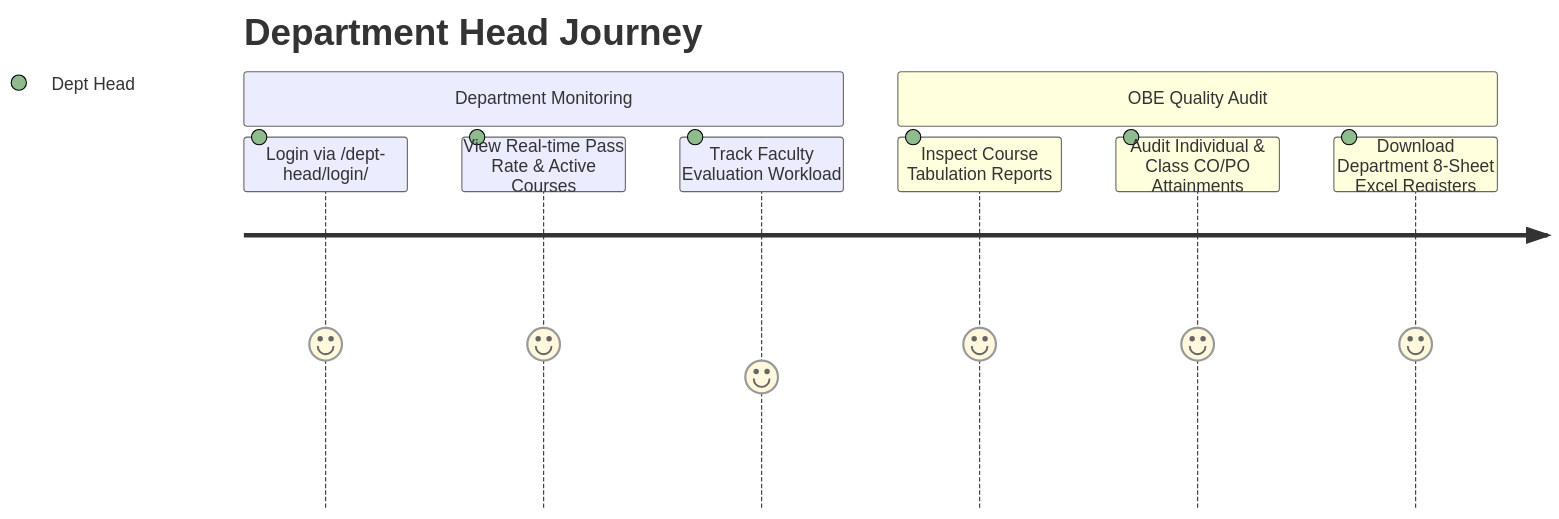
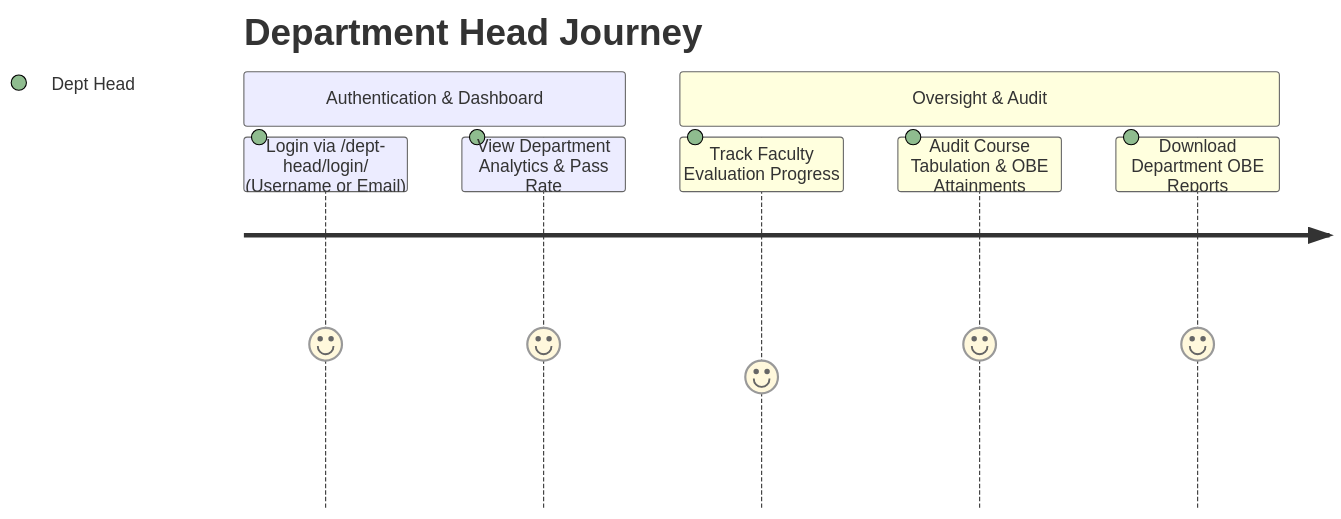
The third of 5 diagrams in docs/MASTER_SYSTEM_REPORT.md (hijbullahx/IntelliGrade), drawn with Mermaid before and after one commit. The commit also changed other lines of this file and 18 other files, not shown here.

Commit message:
docs: initialize project documentation suite including system architecture, requirements, and workflow design

````diff
--- a/docs/MASTER_SYSTEM_REPORT.md
+++ b/docs/MASTER_SYSTEM_REPORT.md
@@ -113,12 +119,11 @@
 ```mermaid
 journey
     title Department Head Journey
-    section Department Monitoring
-      Login via /dept-head/login/: 5: Dept Head
-      View Real-time Pass Rate & Active Courses: 5: Dept Head
-      Track Faculty Evaluation Workload: 4: Dept Head
-    section OBE Quality Audit
-      Inspect Course Tabulation Reports: 5: Dept Head
-      Audit Individual & Class CO/PO Attainments: 5: Dept Head
-      Download Department 8-Sheet Excel Registers: 5: Dept Head
+    section Authentication & Dashboard
+      Login via /dept-head/login/ (Username or Email): 5: Dept Head
+      View Department Analytics & Pass Rate: 5: Dept Head
+    section Oversight & Audit
+      Track Faculty Evaluation Progress: 4: Dept Head
+      Audit Course Tabulation & OBE Attainments: 5: Dept Head
+      Download Department OBE Reports: 5: Dept Head
 ```
````
